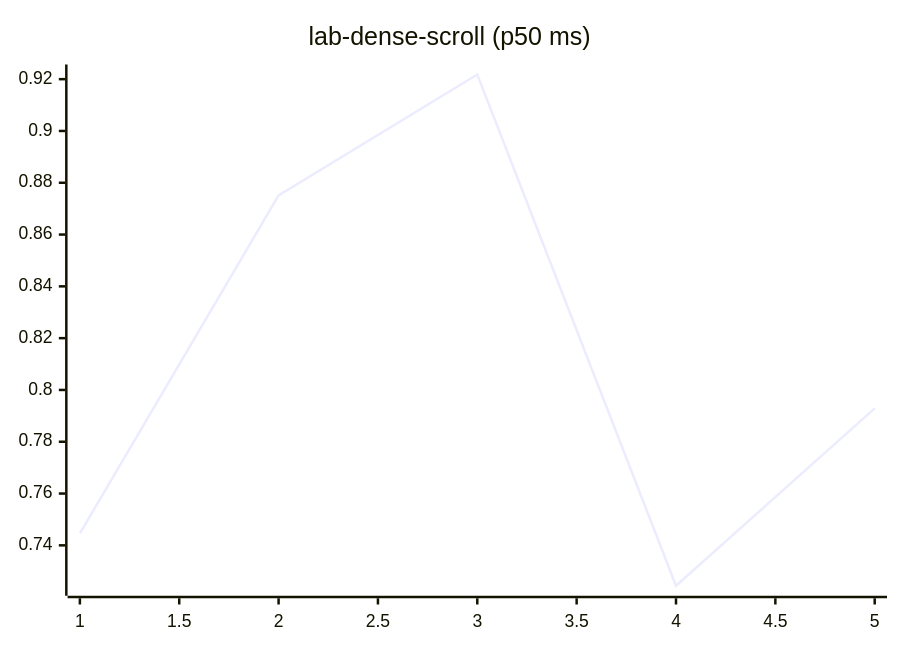
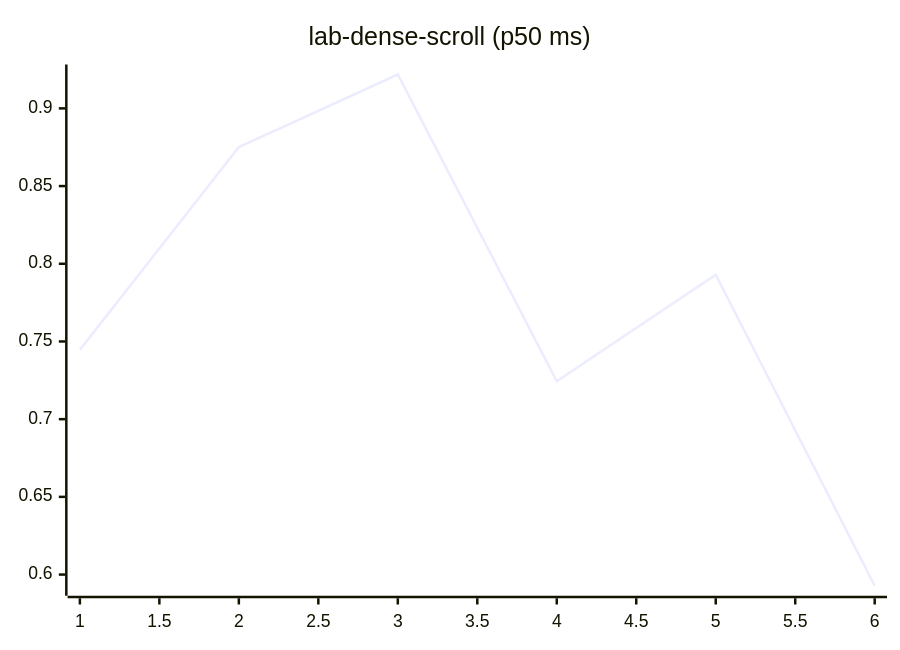
Diagram 12 of 27 in README.md (josha/Facet), drawn with Mermaid before and after one commit. The commit also changed other lines of this file and 2 other files, not shown here.

````diff
--- a/README.md
+++ b/README.md
@@ -140,6 +140,6 @@
 ```mermaid
 xychart-beta
     title "lab-dense-scroll (p50 ms)"
-    x-axis 1 --> 5
-    line [0.7446, 0.8751, 0.9218, 0.7244, 0.7929]
+    x-axis 1 --> 6
+    line [0.7446, 0.8751, 0.9218, 0.7244, 0.7929, 0.5928]
 ```
````
